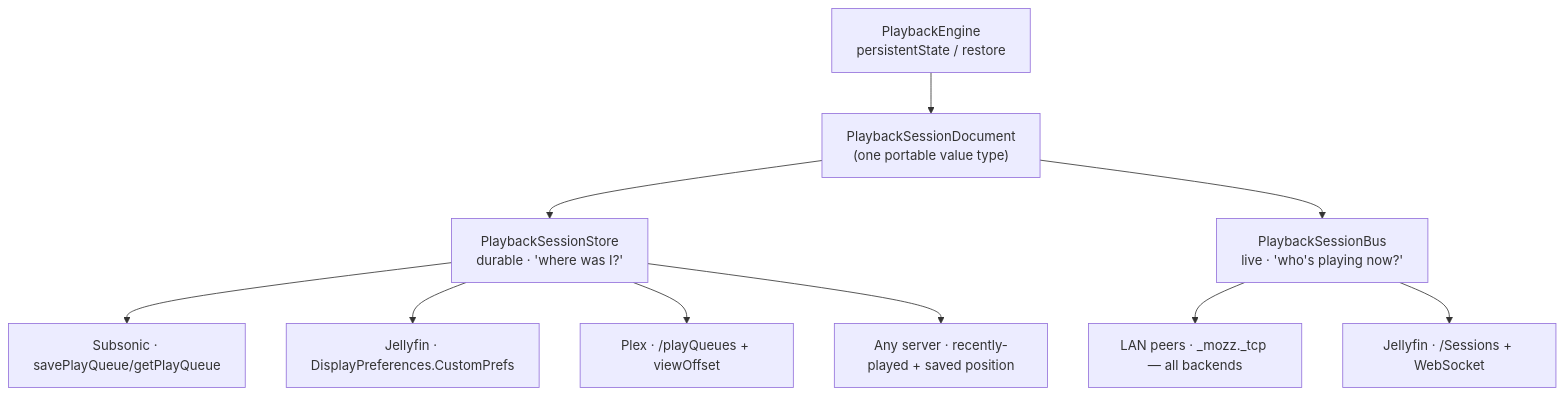
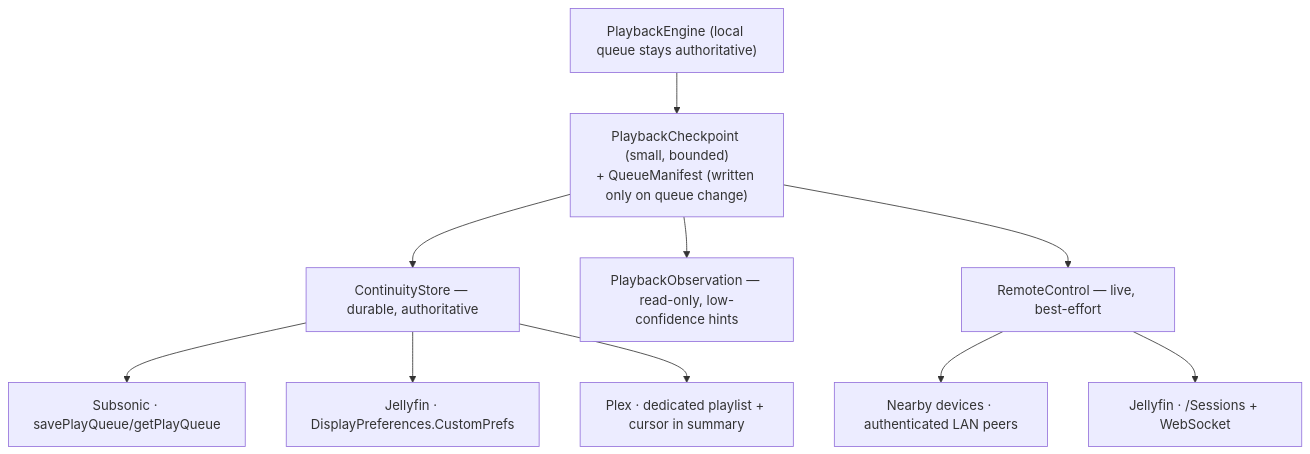
The diagram in docs/adr/ADR-0010-cross-device-playback-continuity.md (thatcube/Mozz), drawn with Mermaid before and after one commit. The commit also changed other lines of this file, not shown here.

Commit message:
Rewrite the continuity plan around what the servers actually store

````diff
--- a/docs/adr/ADR-0010-cross-device-playback-continuity.md
+++ b/docs/adr/ADR-0010-cross-device-playback-continuity.md
@@ -74,13 +94,13 @@
 ```mermaid
 graph TD
-    ENG["PlaybackEngine<br/>persistentState / restore"]
-    ENG --> DOC["PlaybackSessionDocument<br/>(one portable value type)"]
-    DOC --> STORE["PlaybackSessionStore<br/>durable · 'where was I?'"]
-    DOC --> BUS["PlaybackSessionBus<br/>live · 'who's playing now?'"]
-    STORE --> S1["Subsonic · savePlayQueue/getPlayQueue"]
-    STORE --> S2["Jellyfin · DisplayPreferences.CustomPrefs"]
-    STORE --> S3["Plex · /playQueues + viewOffset"]
-    STORE --> S4["Any server · recently-played + saved position"]
-    BUS --> B1["LAN peers · _mozz._tcp — all backends"]
-    BUS --> B2["Jellyfin · /Sessions + WebSocket"]
+    ENG["PlaybackEngine (local queue stays authoritative)"]
+    ENG --> CP["PlaybackCheckpoint (small, bounded)<br/>+ QueueManifest (written only on queue change)"]
+    CP --> CS["ContinuityStore — durable, authoritative"]
+    CP --> OBS["PlaybackObservation — read-only, low-confidence hints"]
+    CP --> RC["RemoteControl — live, best-effort"]
+    CS --> A1["Subsonic · savePlayQueue/getPlayQueue"]
+    CS --> A2["Jellyfin · DisplayPreferences.CustomPrefs"]
+    CS --> A3["Plex · dedicated playlist + cursor in summary"]
+    RC --> R1["Nearby devices · authenticated LAN peers"]
+    RC --> R2["Jellyfin · /Sessions + WebSocket"]
 ```
````
